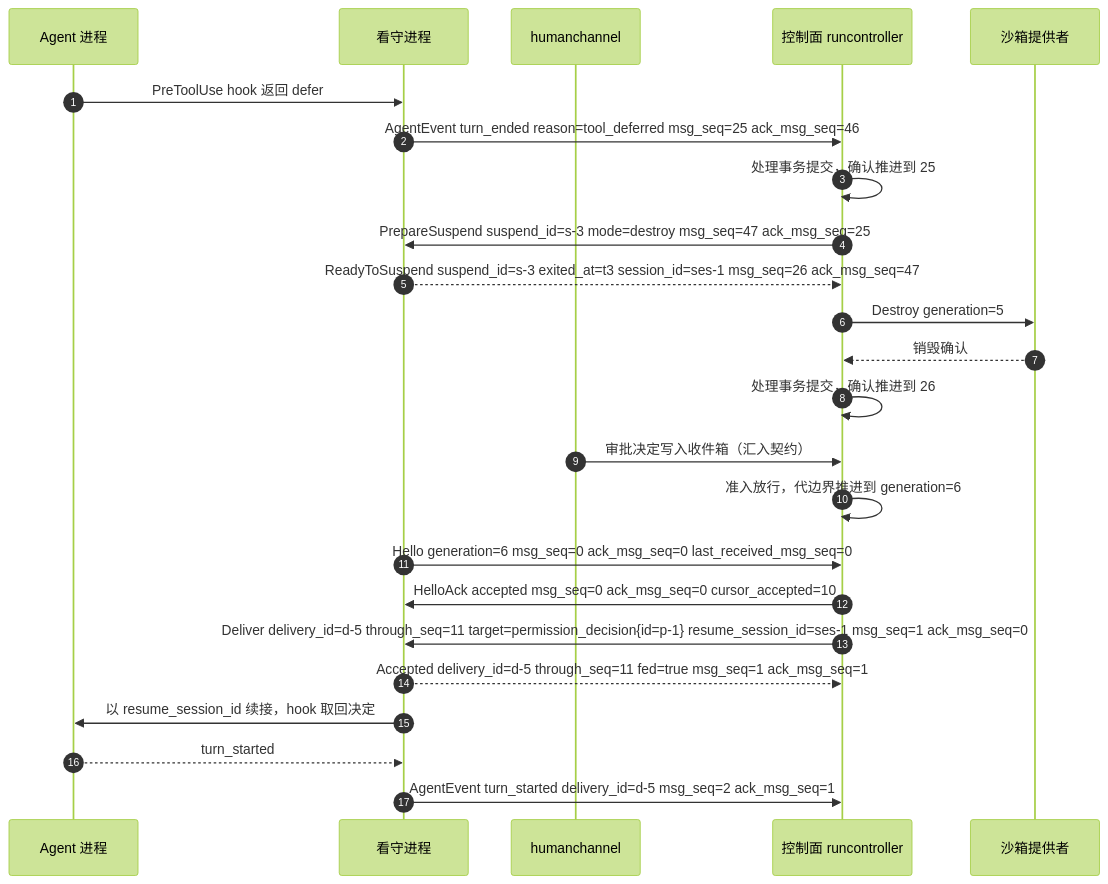
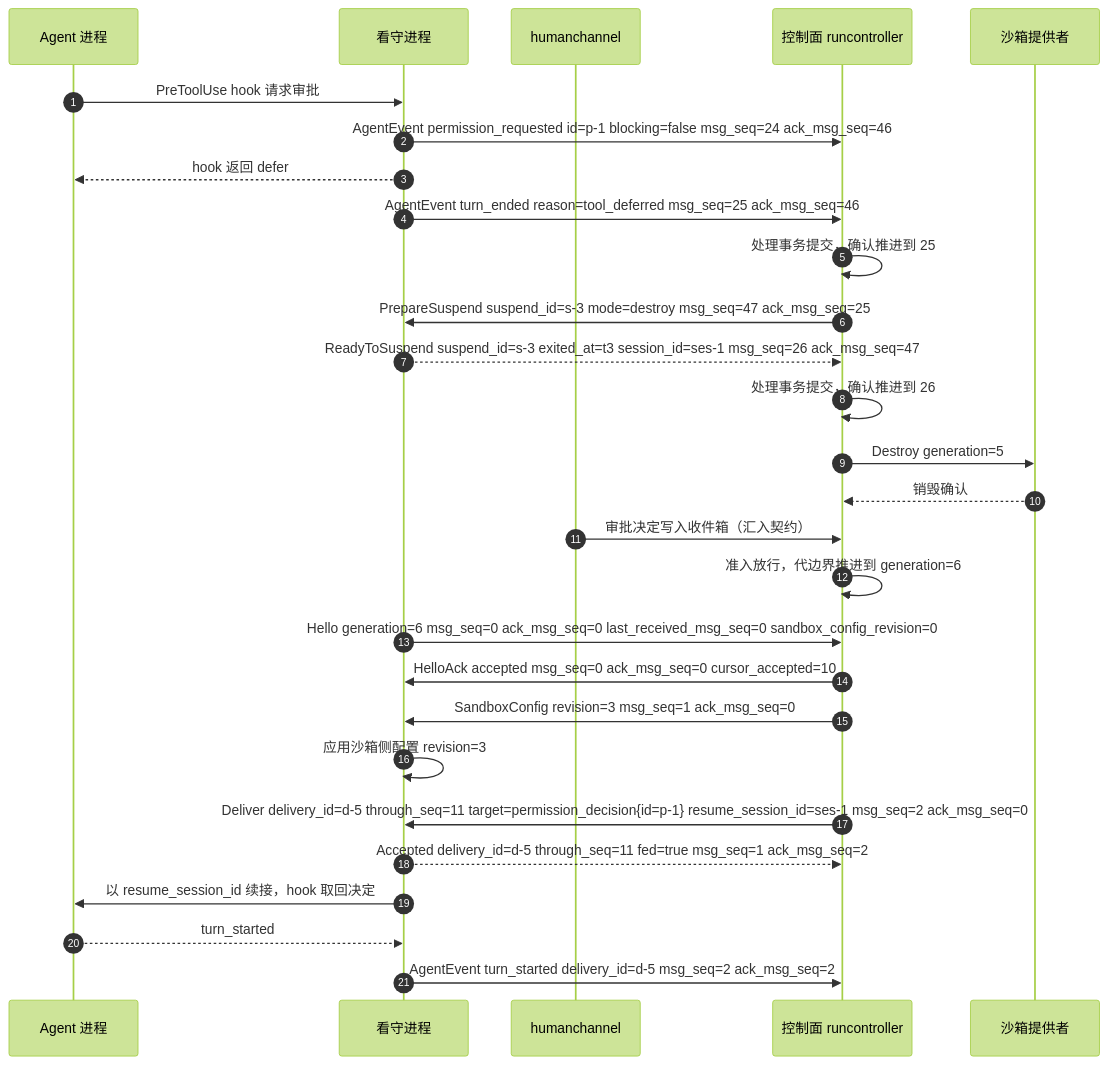
Before and after one commit to wangzw/castworks: the fifth of 6 diagrams in docs/design/modules/design-agentprotocol.md, drawn with Mermaid (forest theme). The commit also changed other lines of this file and 37 other files, not shown here.

````diff
--- a/docs/design/modules/design-agentprotocol.md
+++ b/docs/design/modules/design-agentprotocol.md
@@ -428,26 +433,30 @@
 ```mermaid
 sequenceDiagram
     autonumber
     participant A as Agent 进程
     participant W as 看守进程
     participant H as humanchannel
     participant R as 控制面 runcontroller
     participant P as 沙箱提供者
-    A->>W: PreToolUse hook 返回 defer
+    A->>W: PreToolUse hook 请求审批
+    W->>R: AgentEvent permission_requested id=p-1 blocking=false msg_seq=24 ack_msg_seq=46
+    W-->>A: hook 返回 defer
     W->>R: AgentEvent turn_ended reason=tool_deferred msg_seq=25 ack_msg_seq=46
     R->>R: 处理事务提交，确认推进到 25
     R->>W: PrepareSuspend suspend_id=s-3 mode=destroy msg_seq=47 ack_msg_seq=25
     W-->>R: ReadyToSuspend suspend_id=s-3 exited_at=t3 session_id=ses-1 msg_seq=26 ack_msg_seq=47
+    R->>R: 处理事务提交，确认推进到 26
     R->>P: Destroy generation=5
     P-->>R: 销毁确认
-    R->>R: 处理事务提交，确认推进到 26
     H->>R: 审批决定写入收件箱（汇入契约）
     R->>R: 准入放行，代边界推进到 generation=6
-    W->>R: Hello generation=6 msg_seq=0 ack_msg_seq=0 last_received_msg_seq=0
+    W->>R: Hello generation=6 msg_seq=0 ack_msg_seq=0 last_received_msg_seq=0 sandbox_config_revision=0
     R->>W: HelloAck accepted msg_seq=0 ack_msg_seq=0 cursor_accepted=10
-    R->>W: Deliver delivery_id=d-5 through_seq=11 target=permission_decision{id=p-1} resume_session_id=ses-1 msg_seq=1 ack_msg_seq=0
-    W-->>R: Accepted delivery_id=d-5 through_seq=11 fed=true msg_seq=1 ack_msg_seq=1
+    R->>W: SandboxConfig revision=3 msg_seq=1 ack_msg_seq=0
+    W->>W: 应用沙箱侧配置 revision=3
+    R->>W: Deliver delivery_id=d-5 through_seq=11 target=permission_decision{id=p-1} resume_session_id=ses-1 msg_seq=2 ack_msg_seq=0
+    W-->>R: Accepted delivery_id=d-5 through_seq=11 fed=true msg_seq=1 ack_msg_seq=2
     W->>A: 以 resume_session_id 续接，hook 取回决定
     A-->>W: turn_started
-    W->>R: AgentEvent turn_started delivery_id=d-5 msg_seq=2 ack_msg_seq=1
+    W->>R: AgentEvent turn_started delivery_id=d-5 msg_seq=2 ack_msg_seq=2
 ```
````
